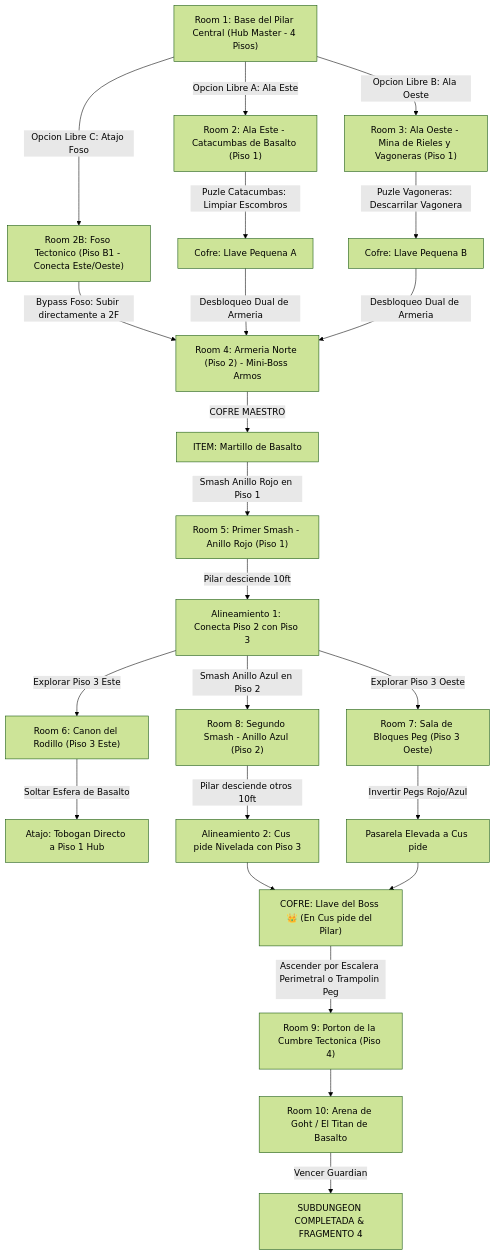
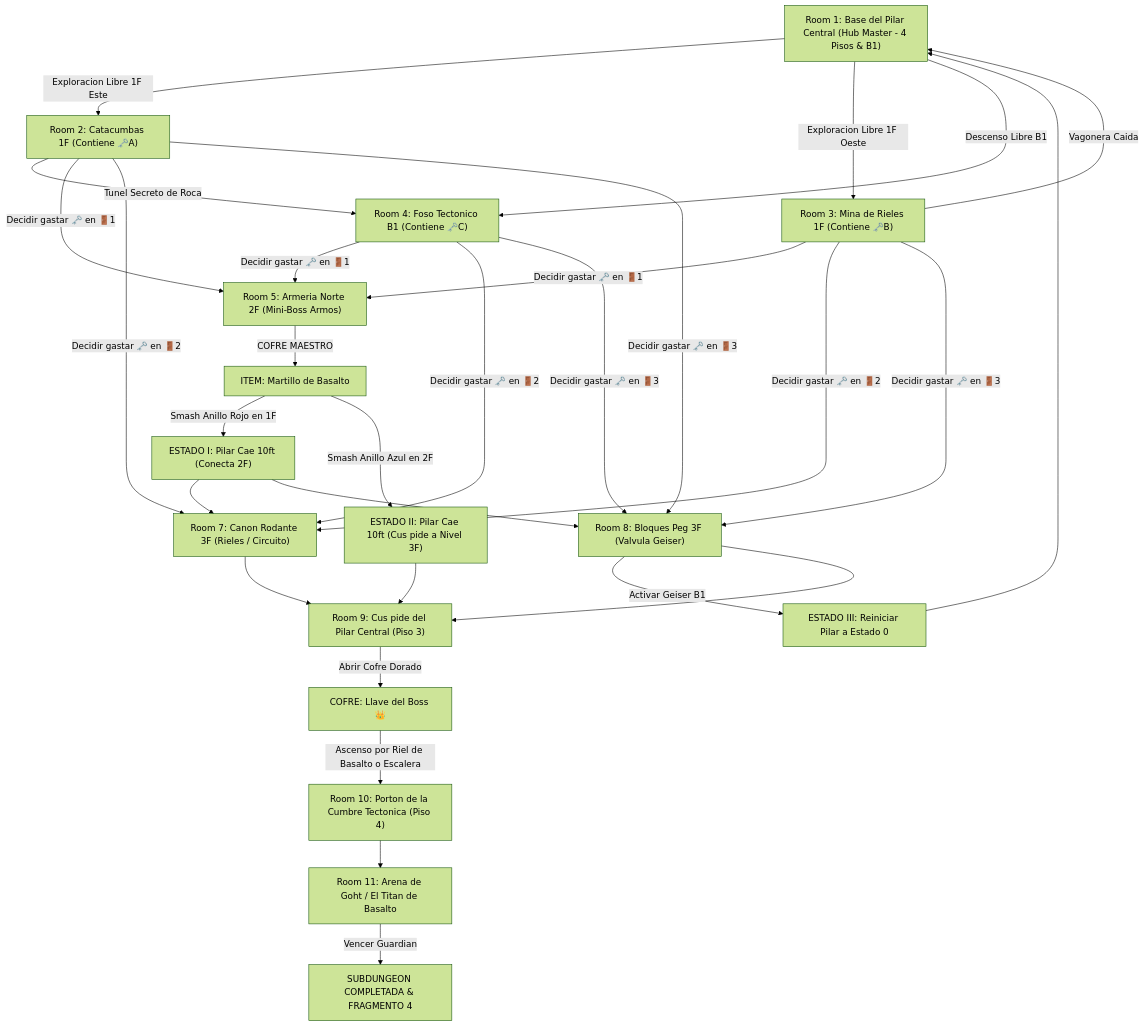
The diagram in 7 - DM/OneShots/ARepeat/Subdungeons/04_Subdungeon_Tierra_Dominio.md (linkmati/ShivathLyss), drawn with Mermaid (forest theme) before and after one commit. The commit also changed other lines of this file and 1 other file, not shown here.

````diff
--- a/7 - DM/OneShots/ARepeat/Subdungeons/04_Subdungeon_Tierra_Dominio.md
+++ b/7 - DM/OneShots/ARepeat/Subdungeons/04_Subdungeon_Tierra_Dominio.md
@@ -15,31 +44,31 @@
 ```mermaid
 graph TD
-    S1["Room 1: Base del Pilar Central (Hub Master - 4 Pisos)"] -->|Opcion Libre A: Ala Este| S2["Room 2: Ala Este - Catacumbas de Basalto (Piso 1)"]
-    S1 -->|Opcion Libre B: Ala Oeste| S3["Room 3: Ala Oeste - Mina de Rieles y Vagoneras (Piso 1)"]
-    S1 -->|Opcion Libre C: Atajo Foso| S2_3_Foso["Room 2B: Foso Tectonico (Piso B1 - Conecta Este/Oeste)"]
+    S1["Room 1: Base del Pilar Central (Hub Master - 4 Pisos & B1)"] -->|Exploracion Libre 1F Este| S2["Room 2: Catacumbas 1F (Contiene 🗝️A)"]
+    S1 -->|Exploracion Libre 1F Oeste| S3["Room 3: Mina de Rieles 1F (Contiene 🗝️B)"]
+    S1 -->|Descenso Libre B1| S4["Room 4: Foso Tectonico B1 (Contiene 🗝️C)"]
     
-    S2 -->|Puzle Catacumbas: Limpiar Escombros| S2_Key["Cofre: Llave Pequena A"]
-    S3 -->|Puzle Vagoneras: Descarrilar Vagonera| S3_Key["Cofre: Llave Pequena B"]
-    S2_3_Foso -->|Bypass Foso: Subir directamente a 2F| S4
+    S2 -->|Tunel Secreto de Roca| S4
+    S3 -->|Vagonera Caida| S1
     
-    S2_Key & S3_Key -->|Desbloqueo Dual de Armeria| S4["Room 4: Armeria Norte (Piso 2) - Mini-Boss Armos"]
-    S4 -->|COFRE MAESTRO| Item["ITEM: Martillo de Basalto"]
+    S2 & S3 & S4 -->|Decidir gastar 🗝️ en 🚪1| S5["Room 5: Armeria Norte 2F (Mini-Boss Armos)"]
+    S2 & S3 & S4 -->|Decidir gastar 🗝️ en 🚪2| S7["Room 7: Canon Rodante 3F (Rieles / Circuito)"]
+    S2 & S3 & S4 -->|Decidir gastar 🗝️ en 🚪3| S8["Room 8: Bloques Peg 3F (Valvula Geiser)"]
     
-    Item -->|Smash Anillo Rojo en Piso 1| S5["Room 5: Primer Smash - Anillo Rojo (Piso 1)"]
-    S5 -->|Pilar desciende 10ft| Align1["Alineamiento 1: Conecta Piso 2 con Piso 3"]
+    S5 -->|COFRE MAESTRO| Item["ITEM: Martillo de Basalto"]
     
-    Align1 -->|Explorar Piso 3 Este| S6["Room 6: Canon del Rodillo (Piso 3 Este)"]
-    Align1 -->|Explorar Piso 3 Oeste| S7["Room 7: Sala de Bloques Peg (Piso 3 Oeste)"]
+    Item -->|Smash Anillo Rojo en 1F| P_State1["ESTADO I: Pilar Cae 10ft (Conecta 2F)"]
+    Item -->|Smash Anillo Azul en 2F| P_State2["ESTADO II: Pilar Cae 10ft (Cus pide a Nivel 3F)"]
     
-    S6 -->|Soltar Esfera de Basalto| Shortcut1["Atajo: Tobogan Directo a Piso 1 Hub"]
-    S7 -->|Invertir Pegs Rojo/Azul| Bridge1["Pasarela Elevada a Cus pide"]
+    P_State1 --> S7
+    P_State1 --> S8
     
-    Align1 -->|Smash Anillo Azul en Piso 2| S8["Room 8: Segundo Smash - Anillo Azul (Piso 2)"]
-    S8 -->|Pilar desciende otros 10ft| Align2["Alineamiento 2: Cus pide Nivelada con Piso 3"]
+    S8 -->|Activar Geiser B1| P_Reset["ESTADO III: Reiniciar Pilar a Estado 0"]
+    P_Reset --> S1
     
-    Align2 & Bridge1 --> BossKey["COFRE: Llave del Boss 👑 (En Cus pide del Pilar)"]
+    P_State2 & S7 & S8 --> S9["Room 9: Cus pide del Pilar Central (Piso 3)"]
+    S9 -->|Abrir Cofre Dorado| BossKey["COFRE: Llave del Boss 👑"]
     
-    BossKey -->|Ascender por Escalera Perimetral o Trampolin Peg| S9["Room 9: Porton de la Cumbre Tectonica (Piso 4)"]
-    S9 --> S10["Room 10: Arena de Goht / El Titan de Basalto"]
-    S10 -->|Vencer Guardian| Win["SUBDUNGEON COMPLETADA & FRAGMENTO 4"]
+    BossKey -->|Ascenso por Riel de Basalto o Escalera| S10["Room 10: Porton de la Cumbre Tectonica (Piso 4)"]
+    S10 --> S11["Room 11: Arena de Goht / El Titan de Basalto"]
+    S11 -->|Vencer Guardian| Win["SUBDUNGEON COMPLETADA & FRAGMENTO 4"]
 ```
````
